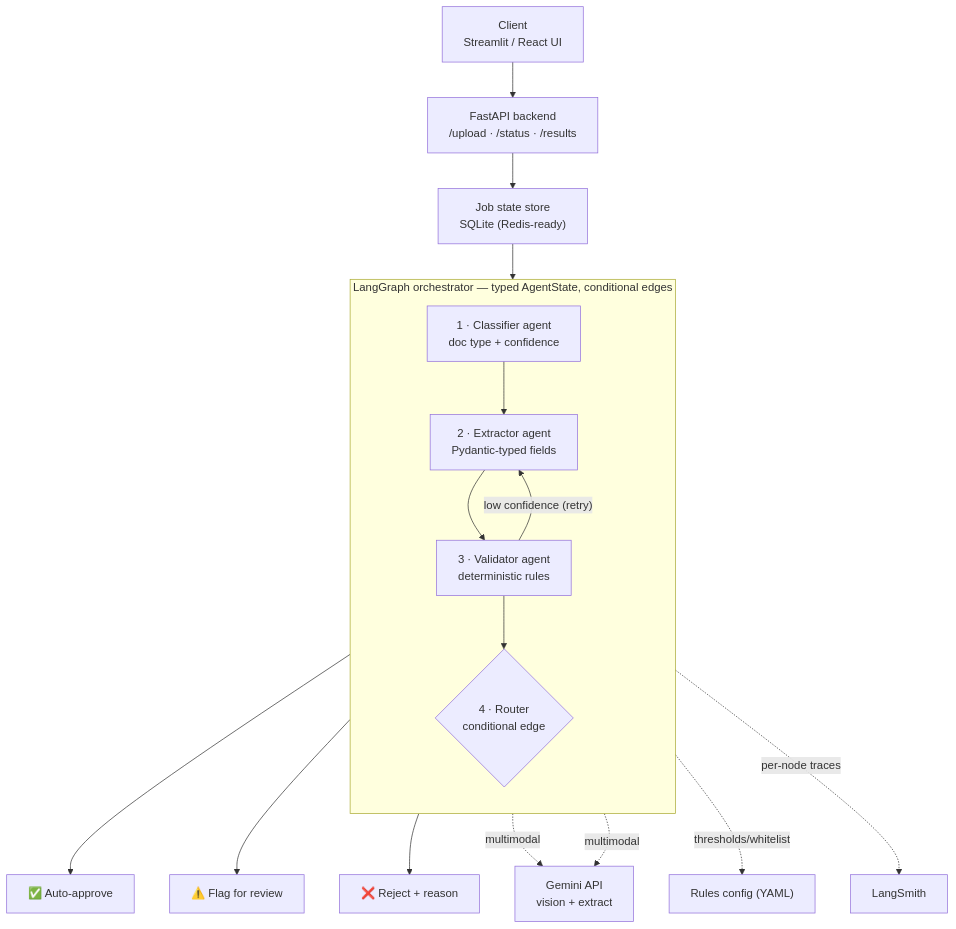
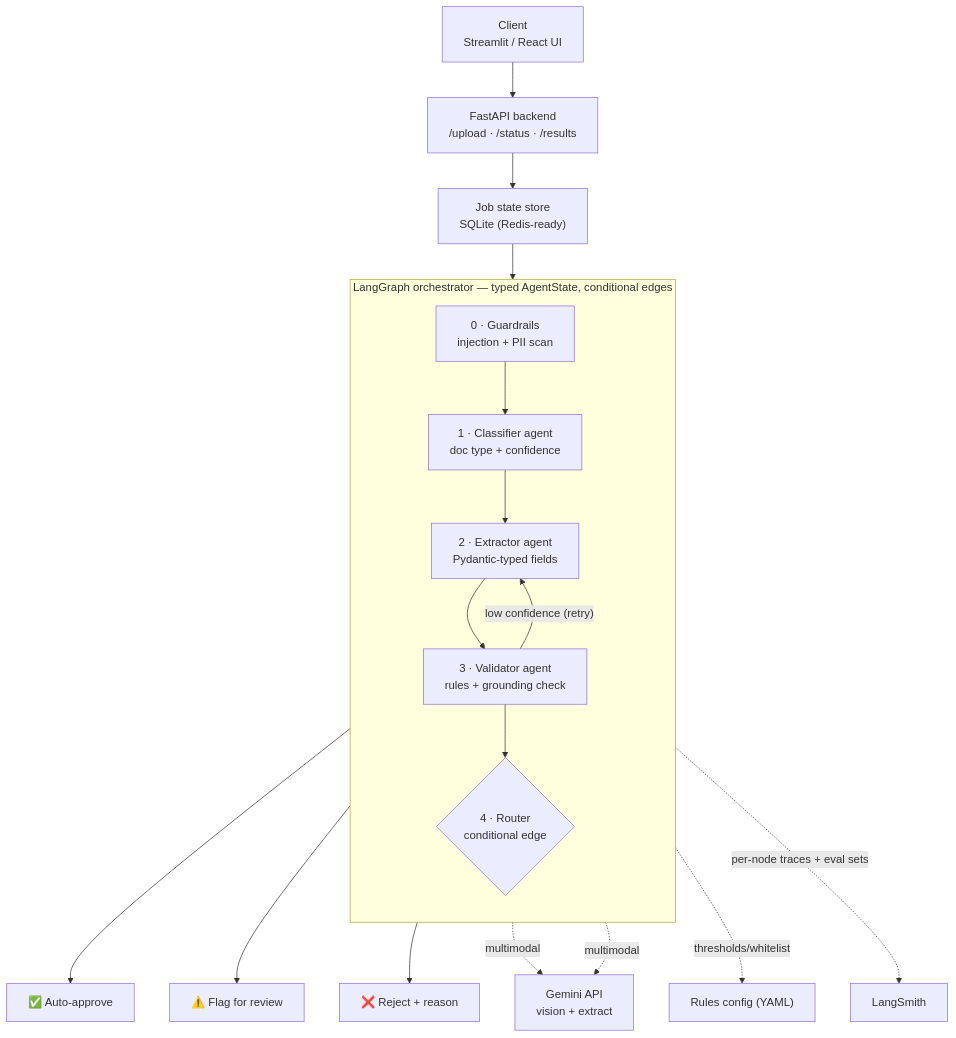
The diagram in README.md (Kushagra077/SmartIngest), drawn with Mermaid before and after one commit. The commit also changed other lines of this file and 30 other files, not shown here.

````diff
--- a/README.md
+++ b/README.md
@@ -15,23 +15,24 @@
 ```mermaid
 flowchart TD
     Client["Client<br/>Streamlit / React UI"] --> API["FastAPI backend<br/>/upload · /status · /results"]
     API --> Store["Job state store<br/>SQLite (Redis-ready)"]
     Store --> Graph
 
     subgraph Graph["LangGraph orchestrator — typed AgentState, conditional edges"]
         direction TB
-        C["1 · Classifier agent<br/>doc type + confidence"] --> E["2 · Extractor agent<br/>Pydantic-typed fields"]
-        E --> V["3 · Validator agent<br/>deterministic rules"]
+        G["0 · Guardrails<br/>injection + PII scan"] --> C["1 · Classifier agent<br/>doc type + confidence"]
+        C --> E["2 · Extractor agent<br/>Pydantic-typed fields"]
+        E --> V["3 · Validator agent<br/>rules + grounding check"]
         V -- "low confidence (retry)" --> E
         V --> R{"4 · Router<br/>conditional edge"}
     end
 
     R --> Approve["✅ Auto-approve"]
     R --> Review["⚠️ Flag for review"]
     R --> Reject["❌ Reject + reason"]
 
     C -. multimodal .-> Gemini["Gemini API<br/>vision + extract"]
     E -. multimodal .-> Gemini
     V -. thresholds/whitelist .-> Rules["Rules config (YAML)"]
-    Graph -. per-node traces .-> LS["LangSmith"]
+    Graph -. per-node traces + eval sets .-> LS["LangSmith"]
 ```
````
